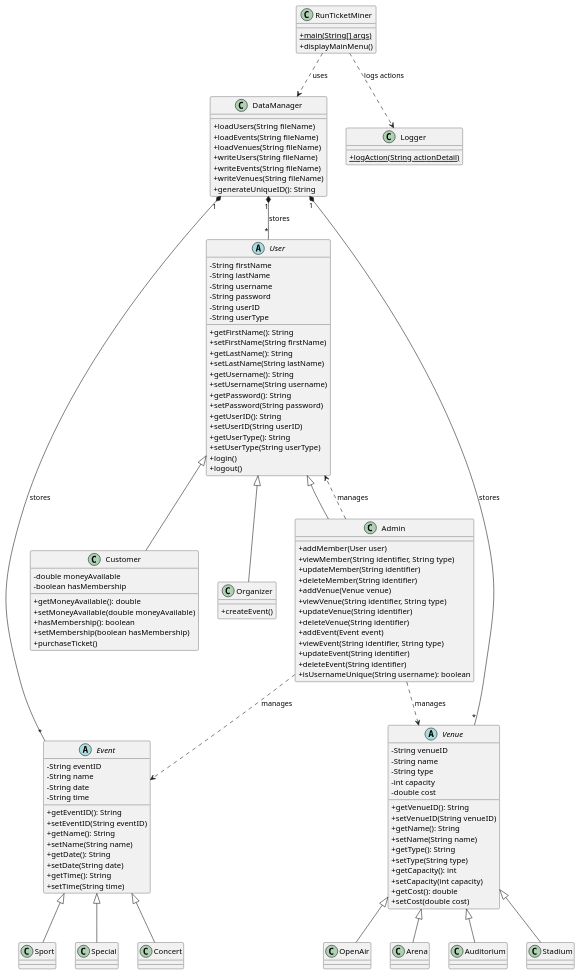
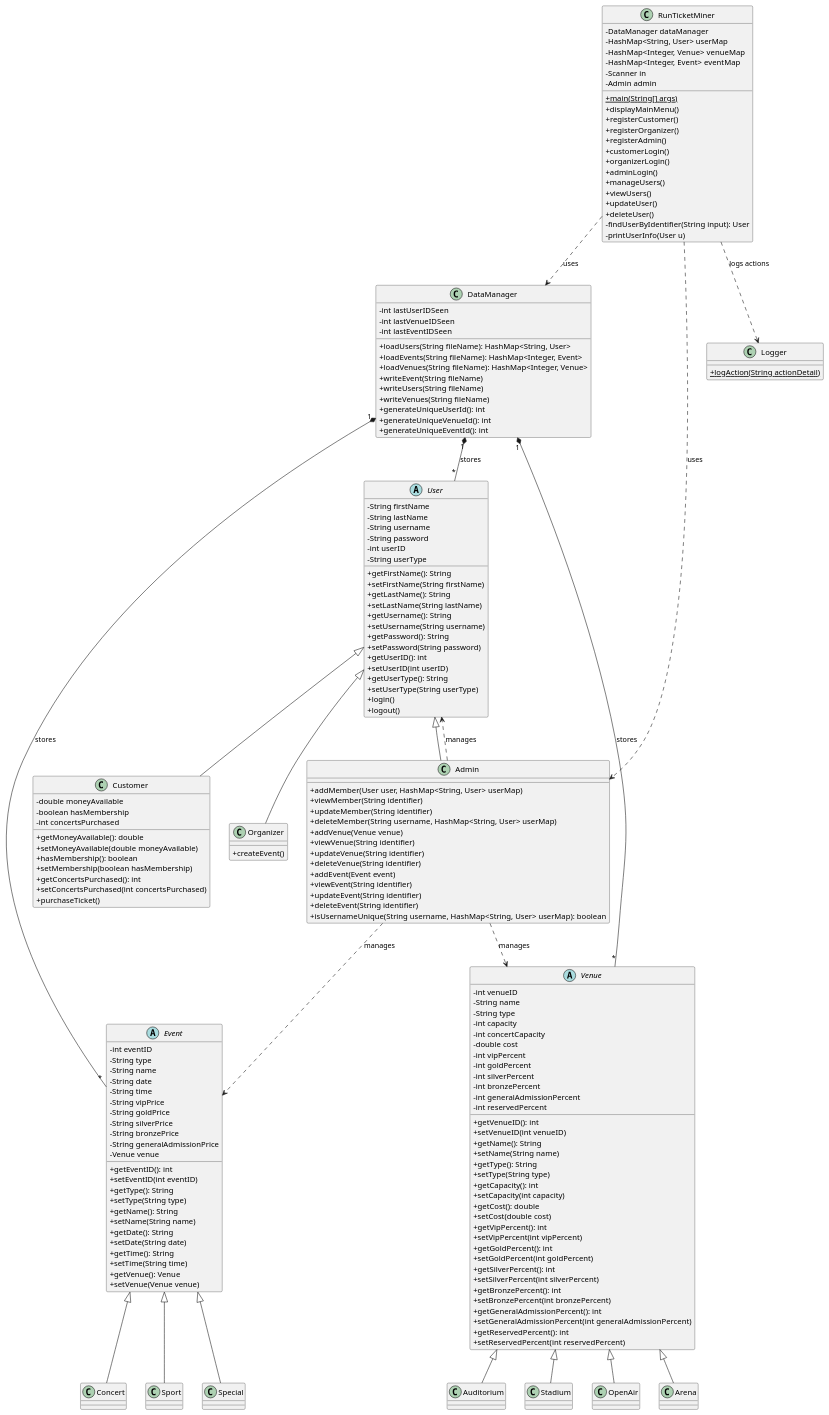
The diagram in ClassDiagram.puml (jluna4072/TicketMiner), drawn with PlantUML before and after one commit. The commit also changed 10 other files, not shown here.

```diff
--- a/ClassDiagram.puml
+++ b/ClassDiagram.puml
@@ -1,137 +1,192 @@
 @startuml ClassDiagram
 skinparam classAttributeIconSize 0
 
 abstract class User {
     - String firstName
     - String lastName
     - String username
     - String password
-    - String userID
+    - int userID
     - String userType
     + getFirstName(): String
     + setFirstName(String firstName)
     + getLastName(): String
     + setLastName(String lastName)
     + getUsername(): String
     + setUsername(String username)
     + getPassword(): String
     + setPassword(String password)
-    + getUserID(): String
-    + setUserID(String userID)
+    + getUserID(): int
+    + setUserID(int userID)
     + getUserType(): String
     + setUserType(String userType)
     + login()
     + logout()
 }
 class Customer {
     - double moneyAvailable
     - boolean hasMembership
+    - int concertsPurchased
     + getMoneyAvailable(): double
     + setMoneyAvailable(double moneyAvailable)
     + hasMembership(): boolean
     + setMembership(boolean hasMembership)
+    + getConcertsPurchased(): int
+    + setConcertsPurchased(int concertsPurchased)
     + purchaseTicket()
 }
 
 class Organizer {
     + createEvent()
 }
 
 class Admin {
-    + addMember(User user)
-    + viewMember(String identifier, String type)
+    + addMember(User user, HashMap<String, User> userMap)
+    + viewMember(String identifier)
     + updateMember(String identifier)
-    + deleteMember(String identifier)
+    + deleteMember(String username, HashMap<String, User> userMap)
     + addVenue(Venue venue)
-    + viewVenue(String identifier, String type)
+    + viewVenue(String identifier)
     + updateVenue(String identifier)
     + deleteVenue(String identifier)
     + addEvent(Event event)
-    + viewEvent(String identifier, String type)
+    + viewEvent(String identifier)
     + updateEvent(String identifier)
     + deleteEvent(String identifier)
-    + isUsernameUnique(String username): boolean
+    + isUsernameUnique(String username, HashMap<String, User> userMap): boolean
 }
 
 abstract class Event {
-    - String eventID
+    - int eventID
+    - String type
     - String name
     - String date
     - String time
-
-    + getEventID(): String
-    + setEventID(String eventID)
+    - String vipPrice
+    - String goldPrice
+    - String silverPrice
+    - String bronzePrice
+    - String generalAdmissionPrice
+    - Venue venue
+    + getEventID(): int
+    + setEventID(int eventID)
+    + getType(): String
+    + setType(String type)
     + getName(): String
     + setName(String name)
     + getDate(): String
     + setDate(String date)
     + getTime(): String
     + setTime(String time)
+    + getVenue(): Venue
+    + setVenue(Venue venue)
 }
 
 class Concert extends Event
 class Sport extends Event
 class Special extends Event
 
 abstract class Venue {
-    - String venueID
+    - int venueID
     - String name
     - String type
     - int capacity
+    - int concertCapacity
     - double cost
-    + getVenueID(): String
-    + setVenueID(String venueID)
+    - int vipPercent
+    - int goldPercent
+    - int silverPercent
+    - int bronzePercent
+    - int generalAdmissionPercent
+    - int reservedPercent
+    + getVenueID(): int
+    + setVenueID(int venueID)
     + getName(): String
     + setName(String name)
     + getType(): String
     + setType(String type)
     + getCapacity(): int
     + setCapacity(int capacity)
     + getCost(): double
     + setCost(double cost)
+    + getVipPercent(): int
+    + setVipPercent(int vipPercent)
+    + getGoldPercent(): int
+    + setGoldPercent(int goldPercent)
+    + getSilverPercent(): int
+    + setSilverPercent(int silverPercent)
+    + getBronzePercent(): int
+    + setBronzePercent(int bronzePercent)
+    + getGeneralAdmissionPercent(): int
+    + setGeneralAdmissionPercent(int generalAdmissionPercent)
+    + getReservedPercent(): int
+    + setReservedPercent(int reservedPercent)
 }
 
 class Arena extends Venue
 class Auditorium extends Venue
 class Stadium extends Venue
 class OpenAir extends Venue
 
 class RunTicketMiner {
+    - DataManager dataManager
+    - HashMap<String, User> userMap
+    - HashMap<Integer, Venue> venueMap
+    - HashMap<Integer, Event> eventMap
+    - Scanner in
+    - Admin admin
     + {static} main(String[] args)
     + displayMainMenu()
+    + registerCustomer()
+    + registerOrganizer()
+    + registerAdmin()
+    + customerLogin()
+    + organizerLogin()
+    + adminLogin()
+    + manageUsers()
+    + viewUsers()
+    + updateUser()
+    + deleteUser()
+    - findUserByIdentifier(String input): User
+    - printUserInfo(User u)
 }
 
 class DataManager {
-    + loadUsers(String fileName)
-    + loadEvents(String fileName)
-    + loadVenues(String fileName)
+    - int lastUserIDSeen
+    - int lastVenueIDSeen
+    - int lastEventIDSeen
+    + loadUsers(String fileName): HashMap<String, User>
+    + loadEvents(String fileName): HashMap<Integer, Event>
+    + loadVenues(String fileName): HashMap<Integer, Venue>
+    + writeEvent(String fileName)
     + writeUsers(String fileName)
-    + writeEvents(String fileName)
     + writeVenues(String fileName)
-    + generateUniqueID(): String
-
+    + generateUniqueUserId(): int
+    + generateUniqueVenueId(): int
+    + generateUniqueEventId(): int
 }
 
 class Logger {
     + {static} logAction(String actionDetail)
 }
 
 ' --- Relationships ---
 
 ' Inheritance
-User <|-- Customer 
+User <|-- Customer
 User <|-- Organizer
 User <|-- Admin
 
 ' Aggregation / Composition 
 DataManager "1" *-- "*" User : stores
 DataManager "1" *-- "*" Event : stores
 DataManager "1" *-- "*" Venue : stores
 
 ' Dependencies
 Admin ..> User : manages
 Admin ..> Venue : manages
 Admin ..> Event : manages
 RunTicketMiner ..> DataManager : uses
+RunTicketMiner ..> Admin : uses
 RunTicketMiner ..> Logger : logs actions
 @enduml
```
